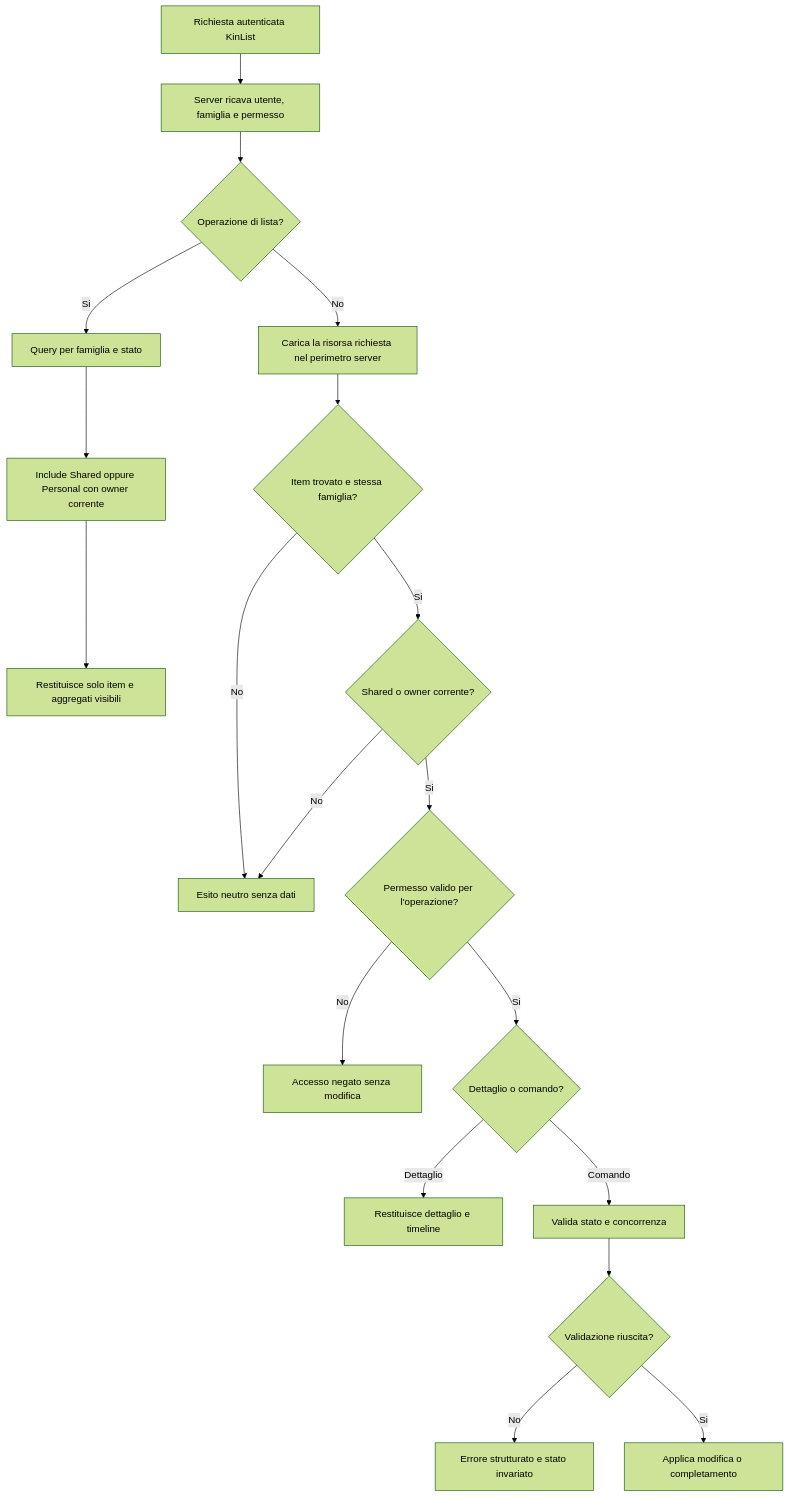
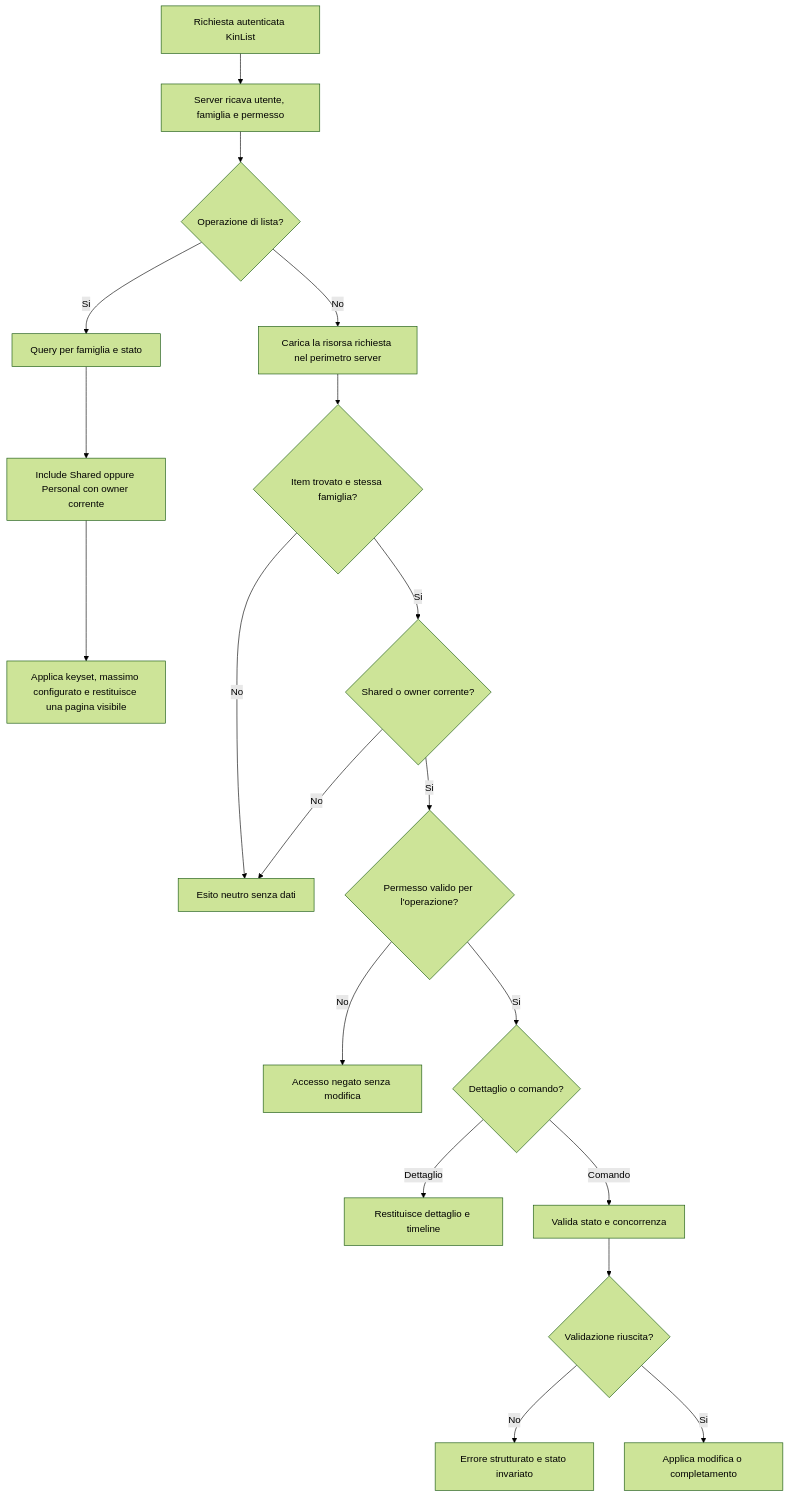
One commit to martinabruni/DA.KinHub changed the first of 2 diagrams in docs/kinlist/research/tasks/item-visibility-scope/research.md. Above: the diagram before and after it, drawn with Mermaid (forest theme). The commit also changed other lines of this file and 17 other files, not shown here.

````diff
--- a/docs/kinlist/research/tasks/item-visibility-scope/research.md
+++ b/docs/kinlist/research/tasks/item-visibility-scope/research.md
@@ -91,21 +96,21 @@
 ```mermaid
 flowchart TD
     A["Richiesta autenticata KinList"] --> B["Server ricava utente, famiglia e permesso"]
     B --> C{"Operazione di lista?"}
     C -- Si --> D["Query per famiglia e stato"]
     D --> E["Include Shared oppure Personal con owner corrente"]
-    E --> F["Restituisce solo item e aggregati visibili"]
+    E --> F["Applica keyset, massimo configurato e restituisce una pagina visibile"]
     C -- No --> G["Carica la risorsa richiesta nel perimetro server"]
     G --> H{"Item trovato e stessa famiglia?"}
     H -- No --> I["Esito neutro senza dati"]
     H -- Si --> J{"Shared o owner corrente?"}
     J -- No --> I
     J -- Si --> K{"Permesso valido per l'operazione?"}
     K -- No --> L["Accesso negato senza modifica"]
     K -- Si --> M{"Dettaglio o comando?"}
     M -- Dettaglio --> N["Restituisce dettaglio e timeline"]
     M -- Comando --> O["Valida stato e concorrenza"]
     O --> P{"Validazione riuscita?"}
     P -- No --> Q["Errore strutturato e stato invariato"]
     P -- Si --> R["Applica modifica o completamento"]
 ```
````
